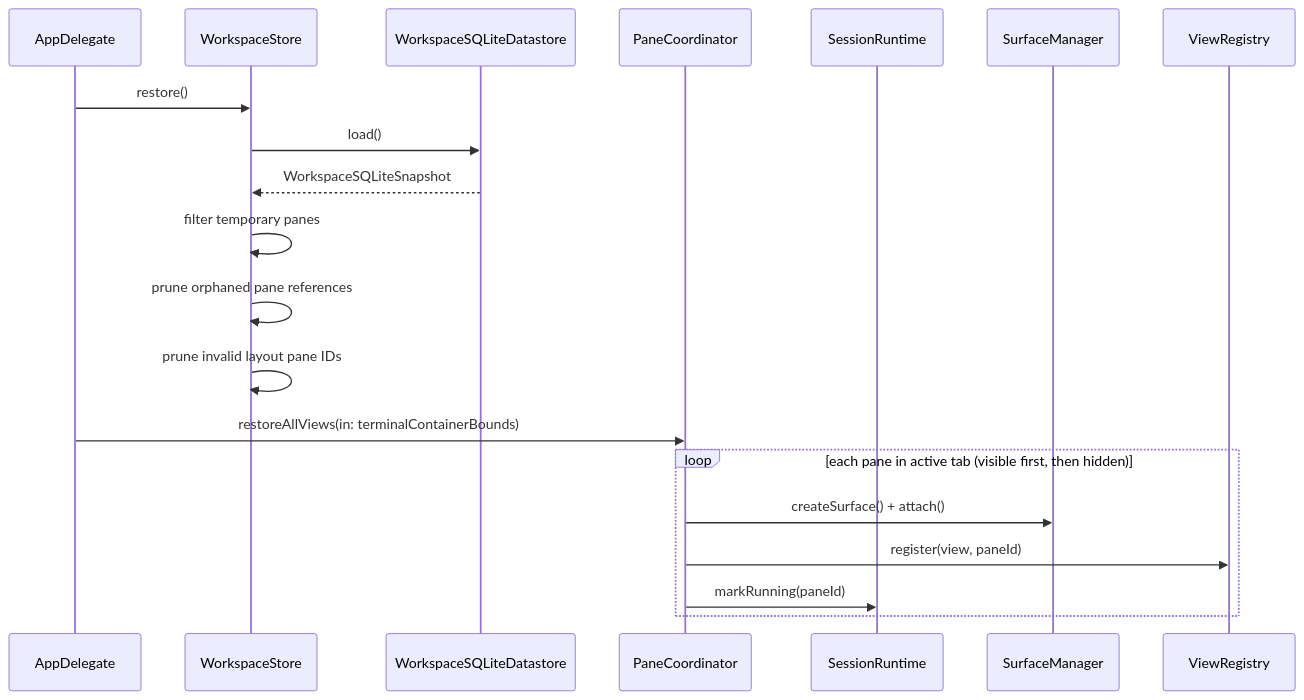
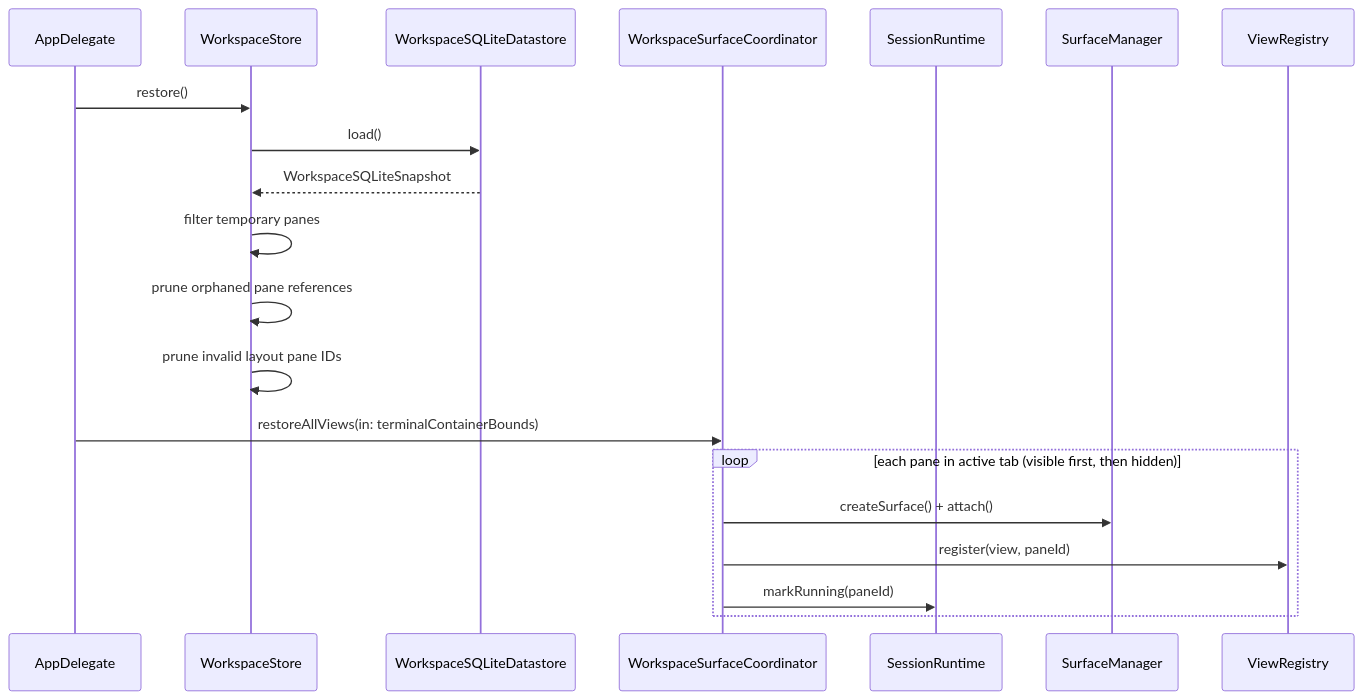
The third of 3 diagrams in docs/architecture/component_architecture.md (ShravanSunder/agentstudio), drawn with Mermaid before and after one commit. The commit also changed other lines of this file and 210 other files, not shown here.

````diff
--- a/docs/architecture/component_architecture.md
+++ b/docs/architecture/component_architecture.md
@@ -954,24 +954,24 @@
 ```mermaid
 sequenceDiagram
     participant AD as AppDelegate
     participant Store as WorkspaceStore
     participant DB as WorkspaceSQLiteDatastore
-    participant Coord as PaneCoordinator
+    participant Coord as WorkspaceSurfaceCoordinator
     participant RT as SessionRuntime
     participant SM as SurfaceManager
     participant VR as ViewRegistry
 
     AD->>Store: restore()
     Store->>DB: load()
     DB-->>Store: WorkspaceSQLiteSnapshot
     Store->>Store: filter temporary panes
     Store->>Store: prune orphaned pane references
     Store->>Store: prune invalid layout pane IDs
 
     AD->>Coord: restoreAllViews(in: terminalContainerBounds)
     loop each pane in active tab (visible first, then hidden)
         Coord->>SM: createSurface() + attach()
         Coord->>VR: register(view, paneId)
         Coord->>RT: markRunning(paneId)
     end
 ```
````
